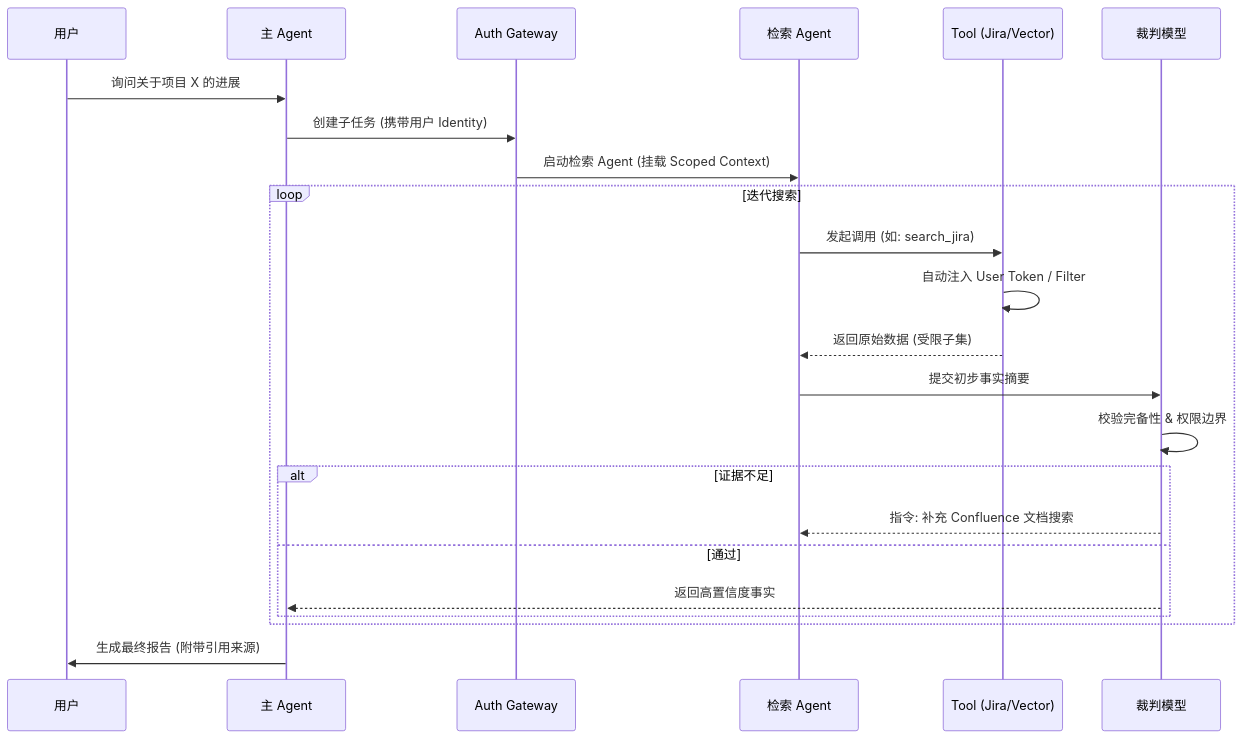
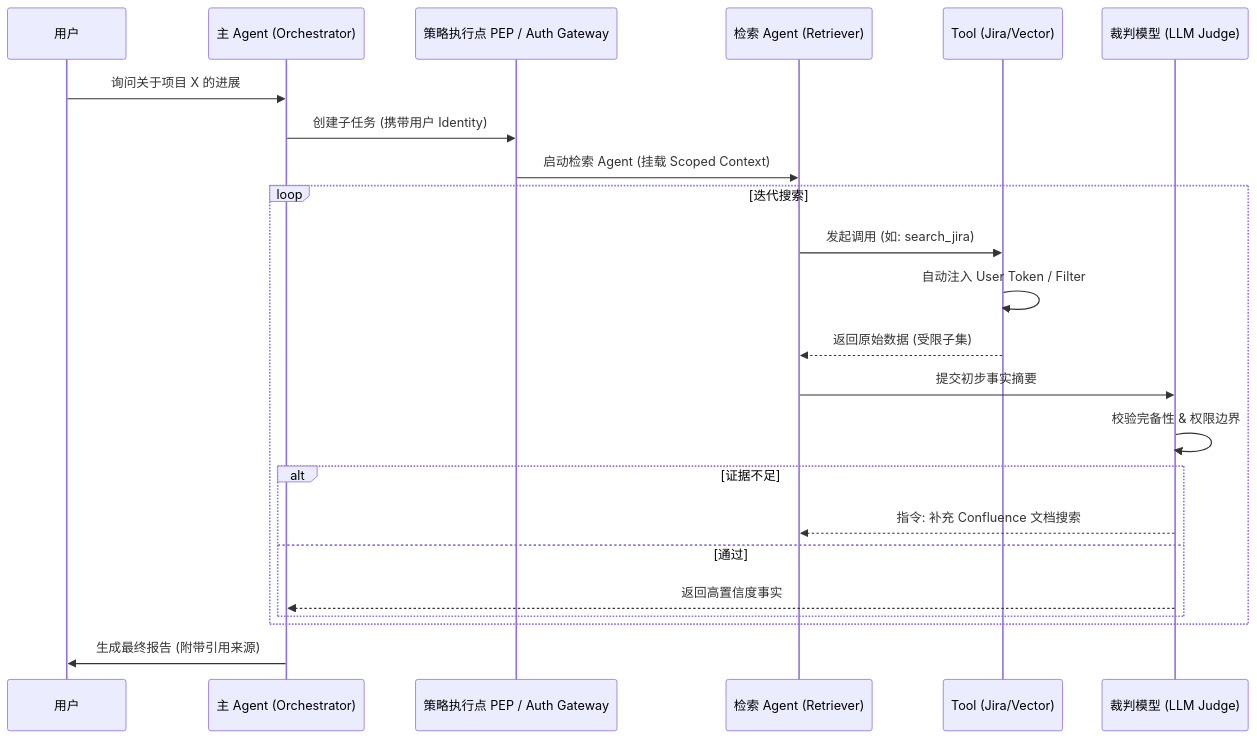
One commit to cute-spring/opencode-notes changed the second of 11 diagrams in docs/arch/enterprise-agentic-rag.md. Above: the diagram before and after it, drawn with Mermaid. The commit also changed other lines of this file and 2 other files, not shown here.

````diff
--- a/docs/arch/enterprise-agentic-rag.md
+++ b/docs/arch/enterprise-agentic-rag.md
@@ -91,28 +91,28 @@
 ```mermaid
 sequenceDiagram
     participant U as 用户
-    participant M as 主 Agent
-    participant G as Auth Gateway
-    participant R as 检索 Agent
+    participant M as 主 Agent (Orchestrator)
+    participant G as 策略执行点 PEP / Auth Gateway
+    participant R as 检索 Agent (Retriever)
     participant T as Tool (Jira/Vector)
-    participant C as 裁判模型
+    participant C as 裁判模型 (LLM Judge)
 
     U->>M: 询问关于项目 X 的进展
     M->>G: 创建子任务 (携带用户 Identity)
     G->>R: 启动检索 Agent (挂载 Scoped Context)
     
     loop 迭代搜索
         R->>T: 发起调用 (如: search_jira)
         T->>T: 自动注入 User Token / Filter
         T-->>R: 返回原始数据 (受限子集)
         R->>C: 提交初步事实摘要
         C->>C: 校验完备性 & 权限边界
         alt 证据不足
             C-->>R: 指令: 补充 Confluence 文档搜索
         else 通过
             C-->>M: 返回高置信度事实
         end
     end
 
     M->>U: 生成最终报告 (附带引用来源)
 ```
````
